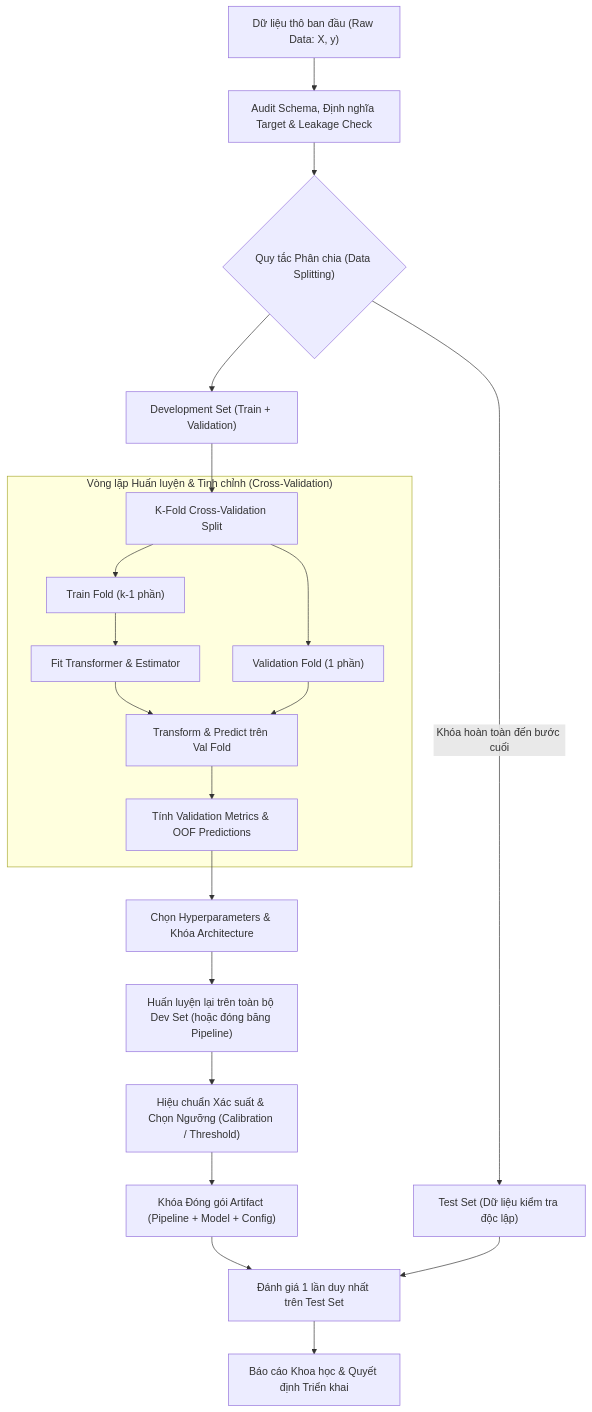
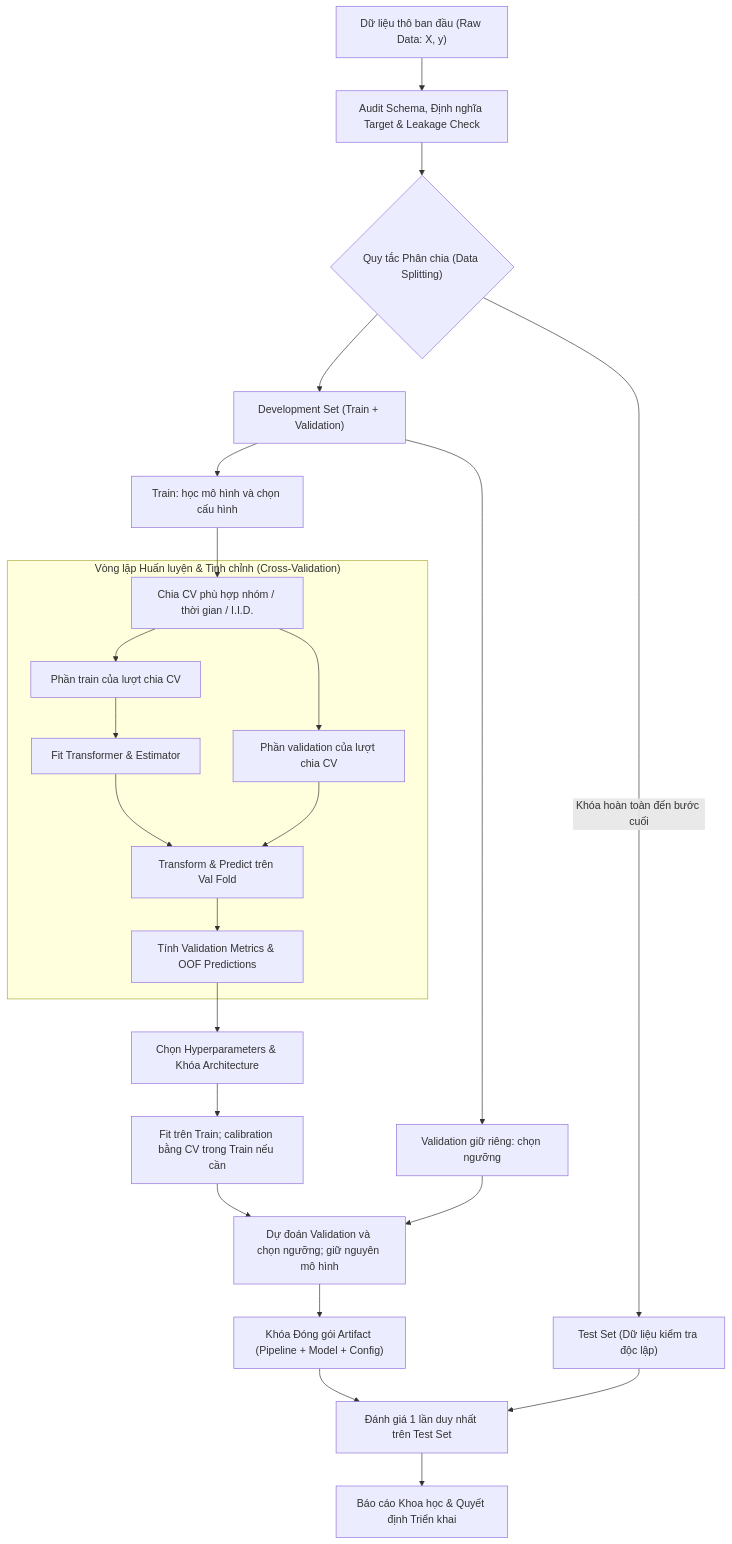
One commit to iamtien77/Document-machine-learning changed the diagram in hoc_giam_sat/00_tong_quan.md. Above: the diagram before and after it, drawn with Mermaid. The commit also changed other lines of this file and 14 other files, not shown here.

````diff
--- a/hoc_giam_sat/00_tong_quan.md
+++ b/hoc_giam_sat/00_tong_quan.md
@@ -112,28 +120,31 @@
 ```mermaid
 flowchart TD
     RawData["Dữ liệu thô ban đầu (Raw Data: X, y)"] --> DataAudit["Audit Schema, Định nghĩa Target & Leakage Check"]
     DataAudit --> SplitEngine{"Quy tắc Phân chia (Data Splitting)"}
     
     SplitEngine -->|"Khóa hoàn toàn đến bước cuối"| TestSet["Test Set (Dữ liệu kiểm tra độc lập)"]
     SplitEngine --> DevSet["Development Set (Train + Validation)"]
     
-    DevSet --> FoldSplit["K-Fold Cross-Validation Split"]
+    DevSet --> TrainSet["Train: học mô hình và chọn cấu hình"]
+    DevSet --> ValSet["Validation giữ riêng: chọn ngưỡng"]
+    TrainSet --> FoldSplit["Chia CV phù hợp nhóm / thời gian / I.I.D."]
     
     subgraph CVLoop ["Vòng lặp Huấn luyện & Tinh chỉnh (Cross-Validation)"]
-        FoldSplit --> TrainFold["Train Fold (k-1 phần)"]
-        FoldSplit --> ValFold["Validation Fold (1 phần)"]
+        FoldSplit --> TrainFold["Phần train của lượt chia CV"]
+        FoldSplit --> ValFold["Phần validation của lượt chia CV"]
         TrainFold --> FitPipe["Fit Transformer & Estimator"]
         FitPipe --> TransVal["Transform & Predict trên Val Fold"]
         ValFold --> TransVal
         TransVal --> ComputeMetrics["Tính Validation Metrics & OOF Predictions"]
     end
     
     ComputeMetrics --> Tuning["Chọn Hyperparameters & Khóa Architecture"]
-    Tuning --> FinalFit["Huấn luyện lại trên toàn bộ Dev Set (hoặc đóng băng Pipeline)"]
-    FinalFit --> CalibThresh["Hiệu chuẩn Xác suất & Chọn Ngưỡng (Calibration / Threshold)"]
+    Tuning --> FinalFit["Fit trên Train; calibration bằng CV trong Train nếu cần"]
+    FinalFit --> CalibThresh["Dự đoán Validation và chọn ngưỡng; giữ nguyên mô hình"]
+    ValSet --> CalibThresh
     
     CalibThresh --> LockArtifact["Khóa Đóng gói Artifact (Pipeline + Model + Config)"]
     LockArtifact --> FinalEval["Đánh giá 1 lần duy nhất trên Test Set"]
     TestSet --> FinalEval
     FinalEval --> AuditReport["Báo cáo Khoa học & Quyết định Triển khai"]
 ```
````
